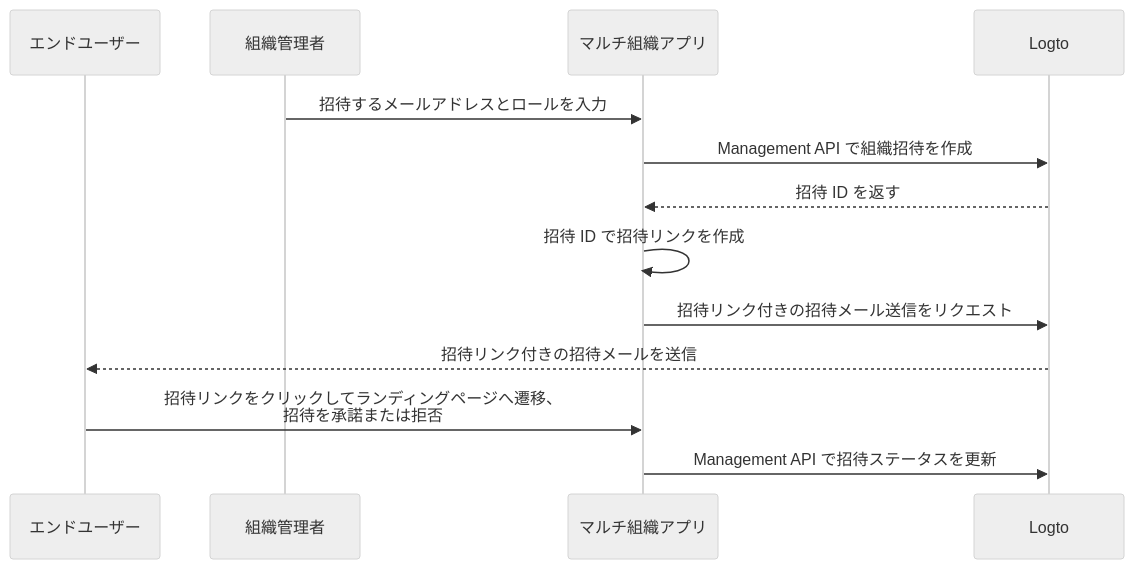
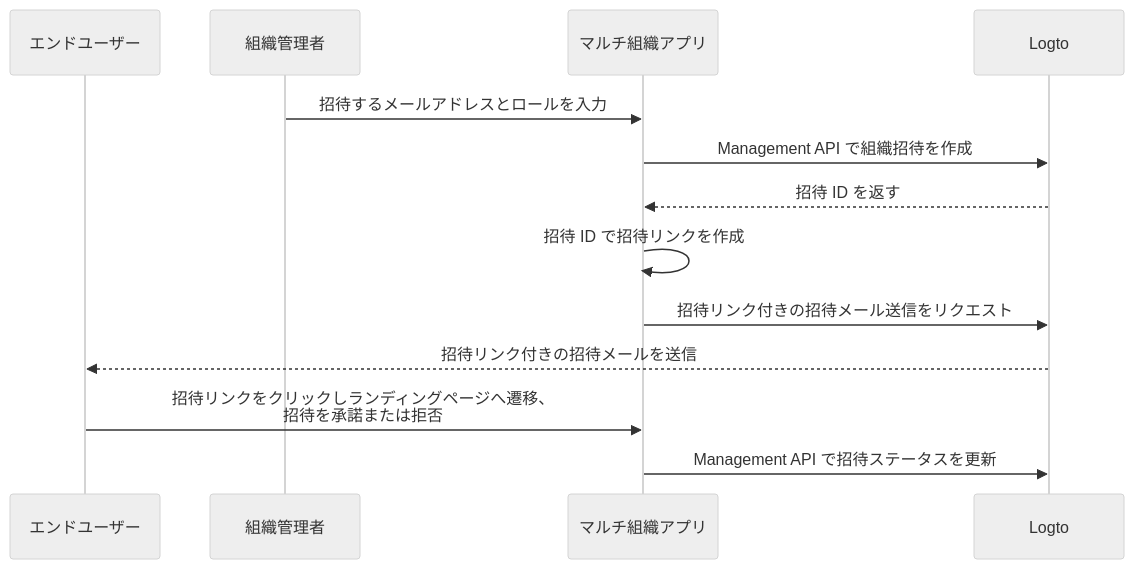
The diagram in i18n/ja/docusaurus-plugin-content-docs/current/end-user-flows/organization-experience/invite-organization-members.mdx (logto-io/docs), drawn with Mermaid (neutral theme) before and after one commit. The commit also changed other lines of this file and 96 other files, not shown here.

````diff
--- a/i18n/ja/docusaurus-plugin-content-docs/current/end-user-flows/organization-experience/invite-organization-members.mdx
+++ b/i18n/ja/docusaurus-plugin-content-docs/current/end-user-flows/organization-experience/invite-organization-members.mdx
@@ -13,16 +13,16 @@
 ```mermaid
 sequenceDiagram
 	Participant U as エンドユーザー
   Participant A as 組織管理者
   Participant C as マルチ組織アプリ
 	Participant L as Logto
 
   A ->> C: 招待するメールアドレスとロールを入力
   C ->> L: Management API で組織招待を作成
   L -->> C: 招待 ID を返す
   C ->> C: 招待 ID で招待リンクを作成
   C ->> L: 招待リンク付きの招待メール送信をリクエスト
   L -->> U: 招待リンク付きの招待メールを送信
-  U ->> C: 招待リンクをクリックしてランディングページへ遷移、<br /> 招待を承諾または拒否
+  U ->> C: 招待リンクをクリックしランディングページへ遷移、<br /> 招待を承諾または拒否
   C ->> L: Management API で招待ステータスを更新
 ```
````
